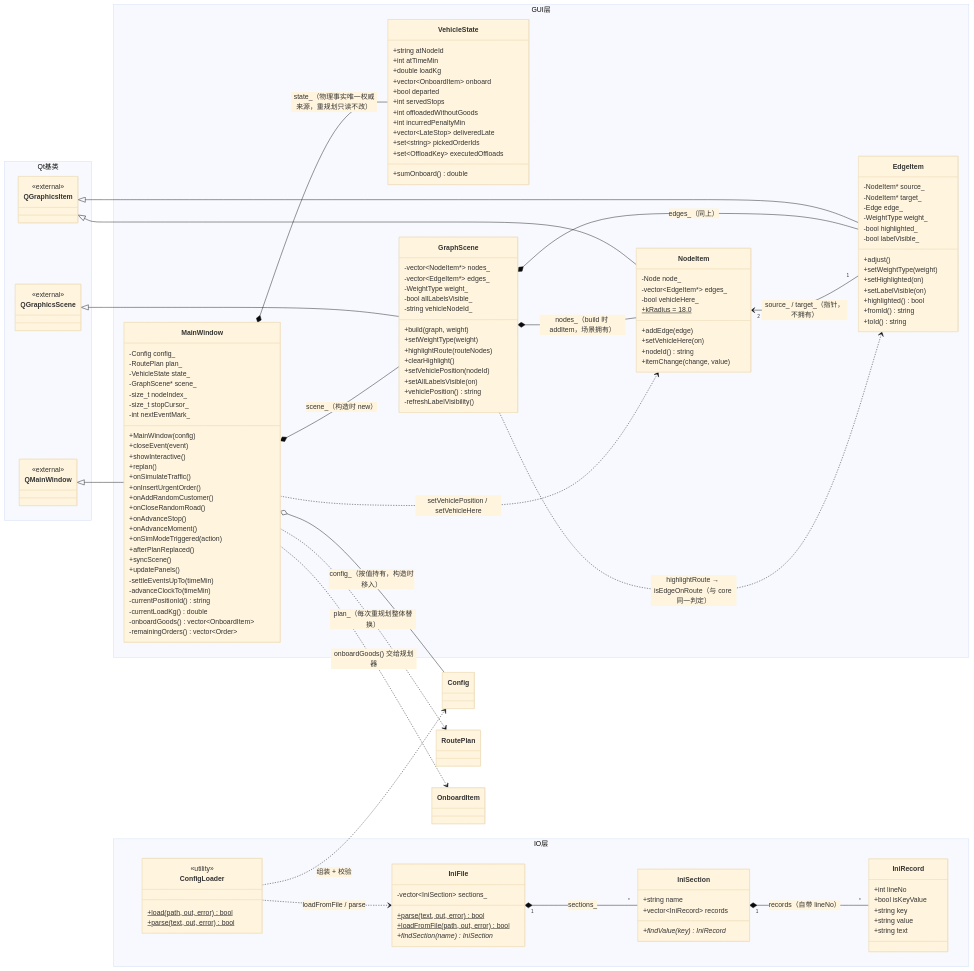
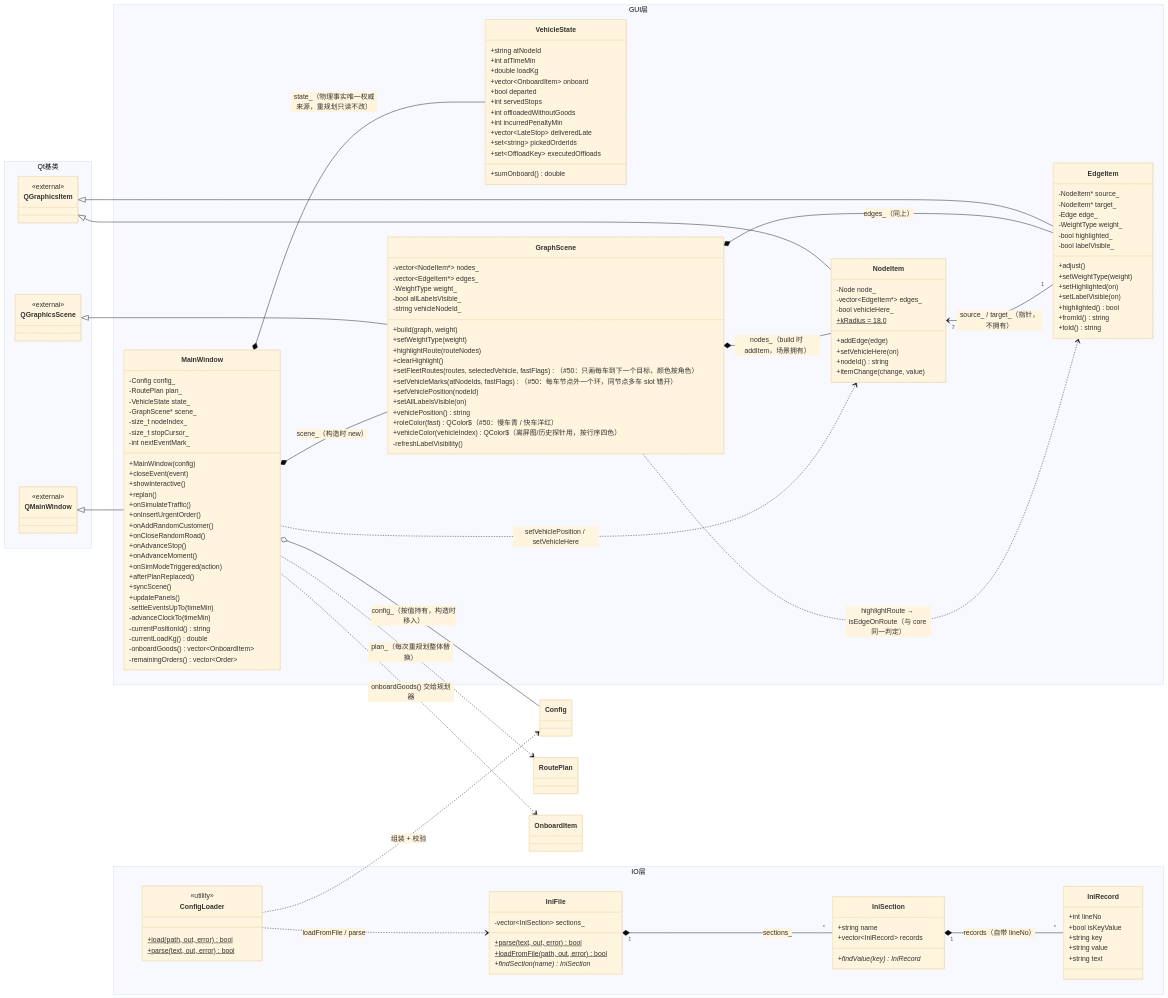
One commit to Blorg51688/logistics-route-planner changed the diagram in docs/figures/src/U2-gui-io-classes.mmd. Above: the diagram before and after it, drawn with Mermaid. The commit also changed 23 other files, not shown here.

```diff
--- a/docs/figures/src/U2-gui-io-classes.mmd
+++ b/docs/figures/src/U2-gui-io-classes.mmd
@@ -1,168 +1,174 @@
 %%{init: {'theme':'base'}}%%
 %% U2 类图：gui 层（Qt6）+ io 层（零 Qt）
 %% 依据 src/gui/MainWindow.h   class MainWindow（含 struct VehicleState：物理事实唯一权威来源）
-%%      src/gui/GraphScene.h   class GraphScene
+%%      src/gui/GraphScene.h   class GraphScene（#50 画布简化：setFleetRoutes/fastFlags 角色两色、
+%%                               setVehicleMarks 车辆环、roleColor / vehicleColor）
+%%      src/gui/MainWindow.cpp  syncScene（canvasTargetRoutes / fastVehicleFlags / setFleetRoutes / setVehicleMarks）
 %%      src/gui/NodeItem.h     class NodeItem
 %%      src/gui/EdgeItem.h     class EdgeItem
 %%      src/io/ConfigLoader.h  class ConfigLoader
 %%      src/io/IniFile.h       class IniFile + struct IniSection / IniRecord
 %%      src/io/StringUtil.h    trim / 分割（辅助）
 %%      src/core/Config.h      struct Config（core，因 MainWindow 持有而在此引用）
 %%      src/core/RoutePlanner.h struct RoutePlan / OnboardItem（core，被界面消费）
 %% ----
 %% 重要读法：
 %%  · 依赖方向单向：core ← io ← gui。gui 只"只读查询 + 调业务方法 + 按结果重建图元"。
 %%  · VehicleState 是 MainWindow 的嵌套 struct（不是独立顶层类），
 %%    重规划只读它作为输入，绝不改写；plan_ 只描述"接下来怎么走"。
 %%  · MainWindow 的私有方法很多，这里只列与调度/界面同步直接相关的；
 %%    调试/探针入口（renderToFile / runDemoActions / *Summary / autoSave* 等）不画，见头文件。
 %%  · 行号不写：会漂，用符号名。
 classDiagram
     direction LR
 
     namespace Qt 基类 {
         class QMainWindow {
             <<external>>
         }
         class QGraphicsScene {
             <<external>>
         }
         class QGraphicsItem {
             <<external>>
         }
     }
 
     namespace GUI 层 {
         class MainWindow {
             -Config config_
             -RoutePlan plan_
             -VehicleState state_
             -GraphScene* scene_
             -size_t nodeIndex_
             -size_t stopCursor_
             -int nextEventMark_
             +MainWindow(config)
             +closeEvent(event)
             +showInteractive()
             +replan()
             +onSimulateTraffic()
             +onInsertUrgentOrder()
             +onAddRandomCustomer()
             +onCloseRandomRoad()
             +onAdvanceStop()
             +onAdvanceMoment()
             +onSimModeTriggered(action)
             +afterPlanReplaced()
             +syncScene()
             +updatePanels()
             -settleEventsUpTo(timeMin)
             -advanceClockTo(timeMin)
             -currentPositionId() string
             -currentLoadKg() double
             -onboardGoods() vector~OnboardItem~
             -remainingOrders() vector~Order~
         }
 
         class VehicleState {
             +string atNodeId
             +int atTimeMin
             +double loadKg
             +vector~OnboardItem~ onboard
             +bool departed
             +int servedStops
             +int offloadedWithoutGoods
             +int incurredPenaltyMin
             +vector~LateStop~ deliveredLate
             +set~string~ pickedOrderIds
             +set~OffloadKey~ executedOffloads
             +sumOnboard() double
         }
 
         class GraphScene {
             -vector~NodeItem*~ nodes_
             -vector~EdgeItem*~ edges_
             -WeightType weight_
             -bool allLabelsVisible_
             -string vehicleNodeId_
             +build(graph, weight)
             +setWeightType(weight)
             +highlightRoute(routeNodes)
             +clearHighlight()
+            +setFleetRoutes(routes, selectedVehicle, fastFlags)（#50：只画每车到下一个目标，颜色按角色）
+            +setVehicleMarks(atNodeIds, fastFlags)（#50：每车节点外一个环，同节点多车 slot 错开）
             +setVehiclePosition(nodeId)
             +setAllLabelsVisible(on)
             +vehiclePosition() string
+            +roleColor(fast) QColor$（#50：慢车青 / 快车洋红）
+            +vehicleColor(vehicleIndex) QColor$（离屏图/历史探针用，按行序四色）
             -refreshLabelVisibility()
         }
 
         class NodeItem {
             -Node node_
             -vector~EdgeItem*~ edges_
             -bool vehicleHere_
             +kRadius = 18.0$
             +addEdge(edge)
             +setVehicleHere(on)
             +nodeId() string
             +itemChange(change, value)
         }
 
         class EdgeItem {
             -NodeItem* source_
             -NodeItem* target_
             -Edge edge_
             -WeightType weight_
             -bool highlighted_
             -bool labelVisible_
             +adjust()
             +setWeightType(weight)
             +setHighlighted(on)
             +setLabelVisible(on)
             +highlighted() bool
             +fromId() string
             +toId() string
         }
     }
 
     namespace IO 层 {
         class ConfigLoader {
             <<utility>>
             +load(path, out, error) bool$
             +parse(text, out, error) bool$
         }
         class IniFile {
             -vector~IniSection~ sections_
             +parse(text, out, error) bool$
             +loadFromFile(path, out, error) bool$
             +findSection(name) IniSection*
         }
         class IniSection {
             +string name
             +vector~IniRecord~ records
             +findValue(key) IniRecord*
         }
         class IniRecord {
             +int lineNo
             +bool isKeyValue
             +string key
             +string value
             +string text
         }
     }
 
     QMainWindow <|-- MainWindow
     QGraphicsScene <|-- GraphScene
     QGraphicsItem <|-- NodeItem
     QGraphicsItem <|-- EdgeItem
     MainWindow *-- GraphScene : scene_（构造时 new）
     MainWindow *-- VehicleState : state_（物理事实唯一权威来源，重规划只读不改）
     GraphScene *-- NodeItem : nodes_（build 时 addItem，场景拥有）
     GraphScene *-- EdgeItem : edges_（同上）
     NodeItem "2" <-- "1" EdgeItem : source_ / target_（指针，不拥有）
     ConfigLoader ..> IniFile : loadFromFile / parse
     ConfigLoader ..> Config : 组装 + 校验
     MainWindow o-- Config : config_（按值持有，构造时移入）
     MainWindow ..> RoutePlan : plan_（每次重规划整体替换）
     MainWindow ..> OnboardItem : onboardGoods() 交给规划器
     MainWindow ..> NodeItem : setVehiclePosition / setVehicleHere
     GraphScene ..> EdgeItem : highlightRoute → isEdgeOnRoute（与 core 同一判定）
     IniFile "1" *-- "*" IniSection : sections_
     IniSection "1" *-- "*" IniRecord : records（自带 lineNo）
```
